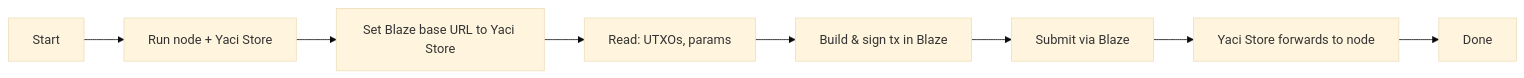
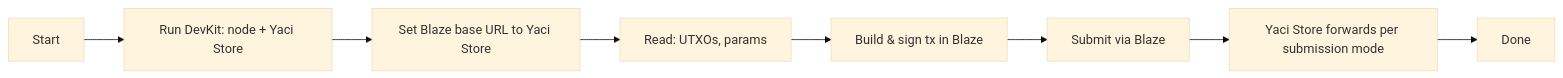
The second of 2 diagrams in website/docs/guides/blaze-yaci-store-integration.md (danbaruka/developer-experience), drawn with Mermaid (base theme) before and after one commit. The commit also changed other lines of this file, not shown here.

First line of the commit message:
docs: enhance Blaze SDK + Yaci DevKit integration guide

````diff
--- a/website/docs/guides/blaze-yaci-store-integration.md
+++ b/website/docs/guides/blaze-yaci-store-integration.md
@@ -106,10 +130,10 @@
 ```mermaid
 flowchart LR
-  A[Start] --> B[Run node + Yaci Store]
+  A[Start] --> B[Run DevKit: node + Yaci Store]
   B --> C[Set Blaze base URL to Yaci Store]
   C --> D[Read: UTXOs, params]
   D --> E[Build & sign tx in Blaze]
   E --> F[Submit via Blaze]
-  F --> G[Yaci Store forwards to node]
+  F --> G[Yaci Store forwards per submission mode]
   G --> H[Done]
 ```
````
